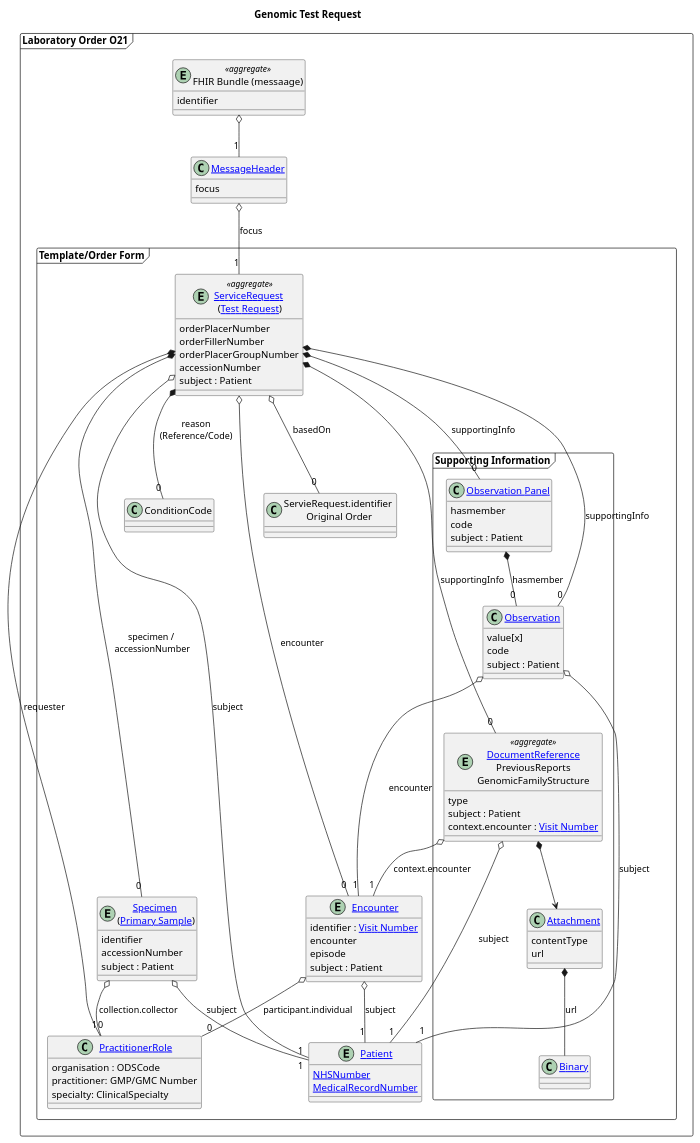
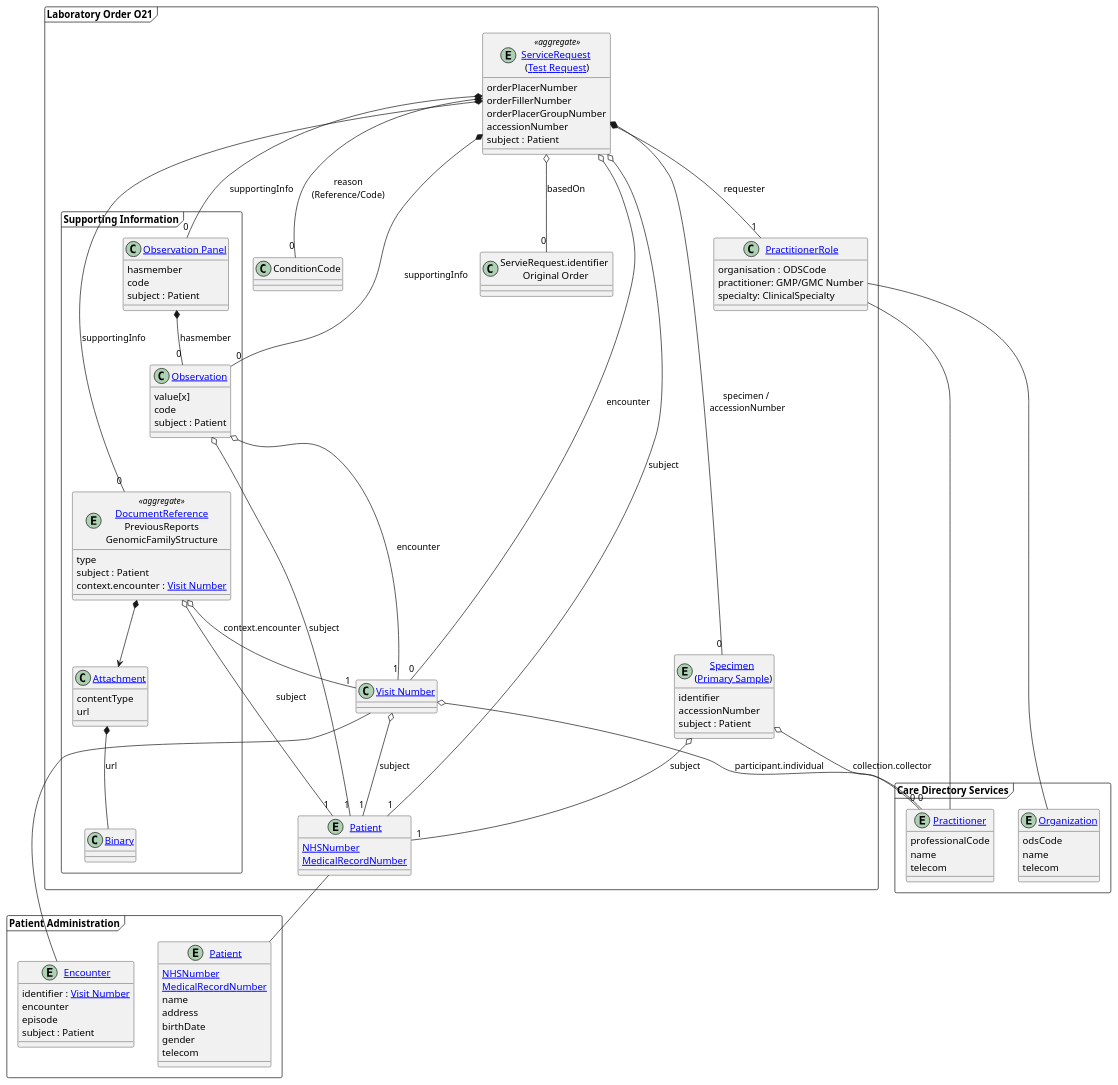
One commit to nw-gmsa/nw-gmsa.github.com changed the diagram in input/images-source/orders-model.plantuml. Above: the diagram before and after it, drawn with PlantUML. The commit also changed 1 other file, not shown here.

```diff
--- a/input/images-source/orders-model.plantuml
+++ b/input/images-source/orders-model.plantuml
@@ -1,122 +1,152 @@
   @startuml
 
   skinparam svgDimensionStyle false
 
-  title "Genomic Test Request"
 
-  frame "Laboratory Order O21" as Message {
-  entity "FHIR Bundle (messaage)" as oml <<aggregate>> {
-  identifier
-  }
-
-  class "[[StructureDefinition-MessageHeader.html MessageHeader]]" as MSH {
-   focus
-  }
-
-    frame "Template/Order Form" as Composition {
+    frame "Laboratory Order O21" as Composition {
       entity "[[StructureDefinition-Patient.html Patient]]" as PID {
       [[StructureDefinition-NHSNumber.html NHSNumber]]
       [[StructureDefinition-MedicalRecordNumber.html MedicalRecordNumber]]
       }
 
-      entity "[[StructureDefinition-Encounter.html Encounter]]" as PV1 {
-      identifier : [[StructureDefinition-VisitNumber.html Visit Number]]
-      encounter
-      episode
-      subject : Patient
-      }
+
 
 
       entity "[[StructureDefinition-ServiceRequest.html ServiceRequest]] \n([[https://simplifier.net/guide/fhir-genomics-implementation-guide/Home/Design/Clinicalheadings#Test-Request Test Request]])" as ORC <<aggregate>> {
       orderPlacerNumber
       orderFillerNumber
       orderPlacerGroupNumber
       accessionNumber
       subject : Patient
       }
 
       entity "[[StructureDefinition-Specimen.html Specimen]] \n([[https://simplifier.net/guide/fhir-genomics-implementation-guide/Home/Design/Clinicalheadings#Primary-Sample Primary Sample]])" as SPM {
       identifier
       accessionNumber
       subject : Patient
       }
 
       class "ConditionCode" as DG1
 
       class "[[StructureDefinition-PractitionerRole.html PractitionerRole]]" as STF {
        organisation : ODSCode
        practitioner: GMP/GMC Number
        specialty: ClinicalSpecialty
       }
 
       class "ServieRequest.identifier \nOriginal Order" as previous {
 
       }
 
 
       frame "Supporting Information" as supportingInfo {
 
 
 
         class "[[StructureDefinition-Observation.html Observation]]" as OBX1 {
         value[x]
         code
         subject : Patient
         }
 
 
         class "[[StructureDefinition-Observation-Panel.html Observation Panel]]" as panel {
         hasmember
         code
         subject : Patient
         }
 
         entity "[[StructureDefinition-DocumentReference.html DocumentReference]]\nPreviousReports\nGenomicFamilyStructure" as documentReference <<aggregate>> {
            type
            subject : Patient
            context.encounter : [[StructureDefinition-VisitNumber.html Visit Number]]
         }
 
         class "[[StructureDefinition-NWAttachment.html Attachment]]" as attachment {
          contentType
           url
         }
 
         class "[[StructureDefinition-Binary.html Binary]]" as binary
 
       }
 
+      class "[[StructureDefinition-VisitNumber.html Visit Number]]" as PV1
+
       documentReference *-d-> attachment
 
       attachment *-- binary : url
 
       panel *-d- "0" OBX1: hasmember
 
       OBX1 -d[hidden]- documentReference
 
    }
+
+  frame "Patient Administration" {
+
+   entity "[[StructureDefinition-Encounter.html Encounter]]" as encounter {
+      identifier : [[StructureDefinition-VisitNumber.html Visit Number]]
+      encounter
+      episode
+      subject : Patient
+      }
+
+      entity "[[StructureDefinition-Patient.html Patient]]" as patient {
+       [[StructureDefinition-NHSNumber.html NHSNumber]]
+        [[StructureDefinition-MedicalRecordNumber.html MedicalRecordNumber]]
+        name
+        address
+        birthDate
+        gender
+        telecom
+      }
+
+
   }
 
-  oml o-d- "1" MSH
-  MSH o-d- "1" ORC: focus
+  frame "Care Directory Services" {
+
+    entity "[[StructureDefinition-Practitioner.html Practitioner]]" as practitioner {
+    professionalCode
+    name
+    telecom
+    }
+
+    entity "[[StructureDefinition-Organizationr.html Organization]]" as organisation {
+     odsCode
+     name
+     telecom
+    }
+
+  }
+
+
+
   ORC *-- "0" SPM : specimen /\n accessionNumber
   ORC o-- "1" PID : subject
   ORC o-- "0" PV1 : encounter
   ORC *-- "0" DG1 : reason\n(Reference/Code)
   ORC o-- "0" previous: basedOn
   ORC *-- "0" OBX1: supportingInfo
   ORC *-- "0" panel: supportingInfo
   ORC *-- "0" documentReference: supportingInfo
   ORC *-- "1" STF: requester
-  SPM o-- "0" STF: collection.collector
-  PV1 o-- "0" STF: participant.individual
+  SPM o-- "0" practitioner: collection.collector
+  PV1 o-- "0" practitioner: participant.individual
   PV1 o-- "1" PID : subject
   SPM o-- "1" PID : subject
   documentReference o-- "1" PID : subject
   OBX1 o-- "1" PID : subject
 
   documentReference o-- "1" PV1 : context.encounter
 
   OBX1 o-- "1" PV1 : encounter
 
+  PV1 -- encounter
+  PID -- patient
+  STF -- practitioner
+  STF -- organisation
+
+
   @enduml
```
